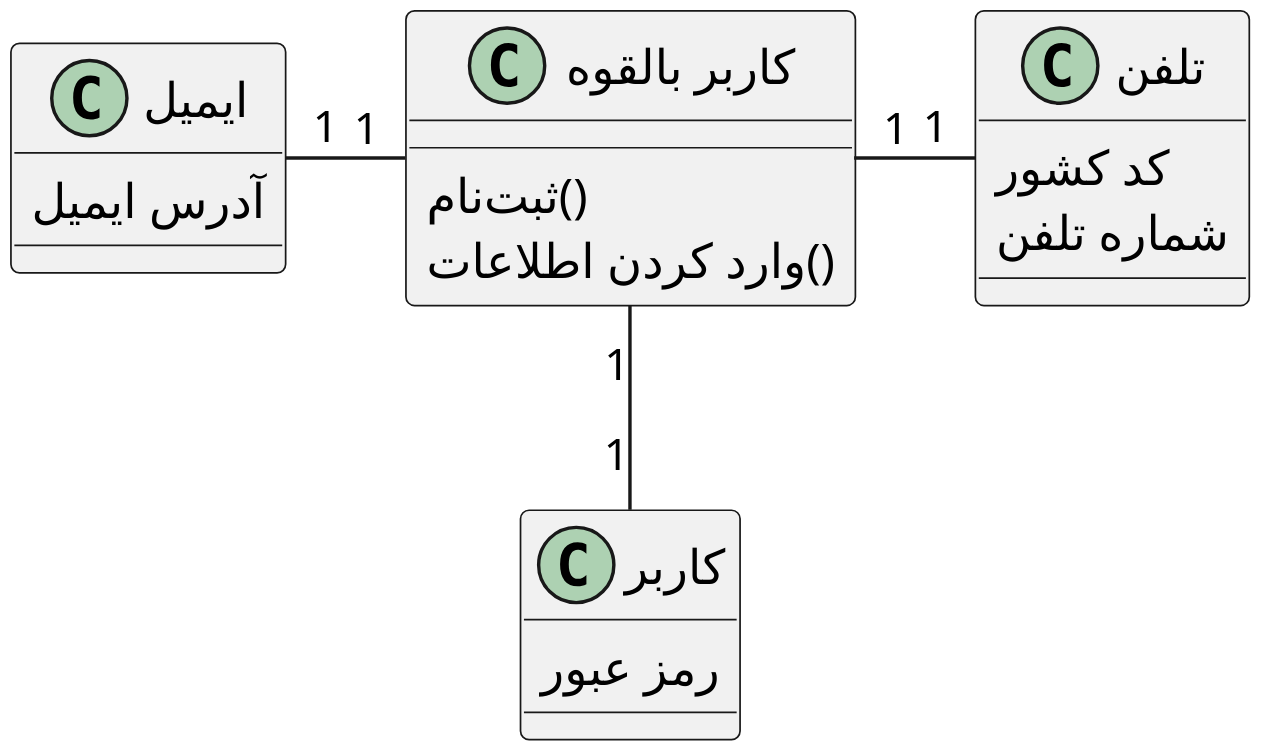
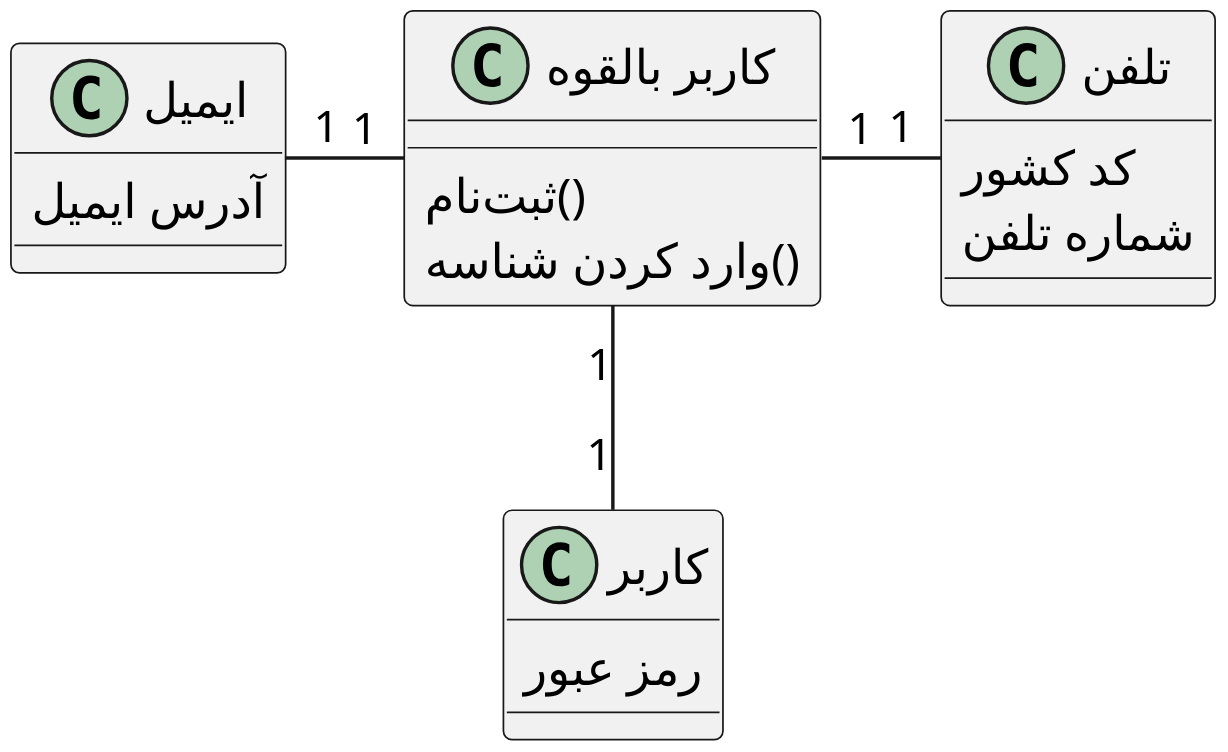
The diagram in Diagrams/Class/Signup.puml (soleyman79/Qasedak), drawn with PlantUML before and after one commit. The commit also changed 20 other files, not shown here.

```diff
--- a/Diagrams/Class/Signup.puml
+++ b/Diagrams/Class/Signup.puml
@@ -1,29 +1,29 @@
 @startuml signup
 
 scale 3
 skinparam DefaultFontName B Nazanin
 
 
 class "کاربر بالقوه" as potential_user {
     ثبت‌نام()
-    وارد کردن اطلاعات()
+    وارد کردن شناسه()
 }
 
 class "ایمیل" as address {
     آدرس ایمیل
 }
 
 class "تلفن" as phone {
     کد کشور
     شماره تلفن
 }
 
 class "کاربر" as user {
     رمز عبور
 }
 
 potential_user "1" -left- "1" address
 potential_user "1" -right- "1" phone
 potential_user "1" -down- "1" user
 
 @enduml
```
